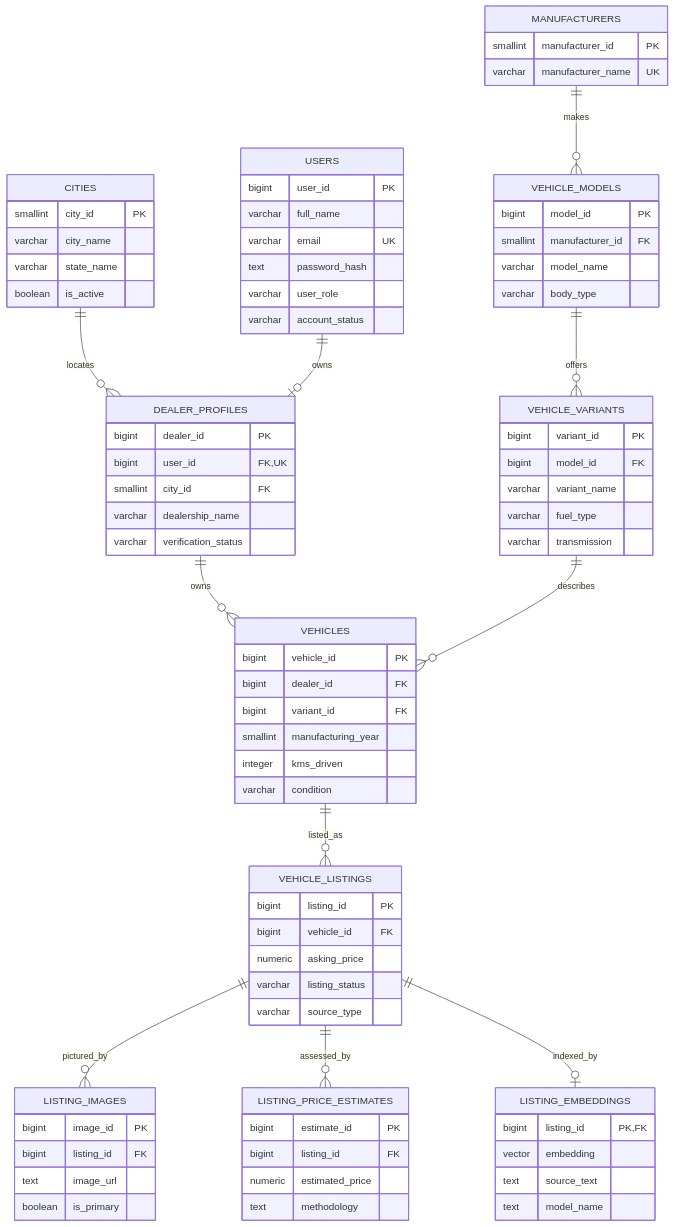
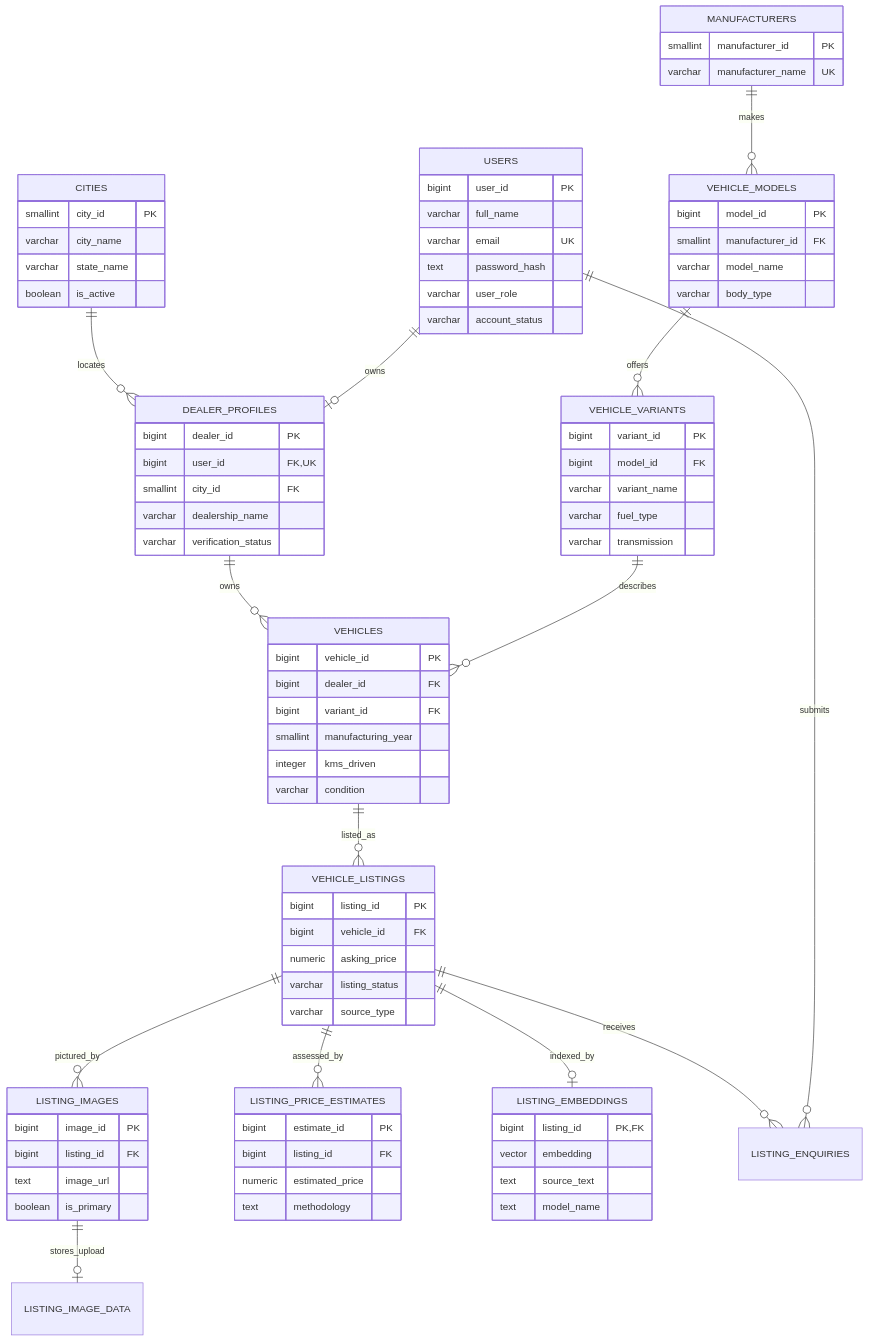
One commit to Ronit77x/AutoHubIQ changed the second of 2 diagrams in docs/architecture-and-demo.md. Above: the diagram before and after it, drawn with Mermaid. The commit also changed other lines of this file and 77 other files, not shown here.

```diff
--- a/docs/architecture-and-demo.md
+++ b/docs/architecture-and-demo.md
@@ -44,6 +44,9 @@
     VEHICLE_LISTINGS ||--o{ LISTING_IMAGES : pictured_by
     VEHICLE_LISTINGS ||--o{ LISTING_PRICE_ESTIMATES : assessed_by
     VEHICLE_LISTINGS ||--o| LISTING_EMBEDDINGS : indexed_by
+    LISTING_IMAGES ||--o| LISTING_IMAGE_DATA : stores_upload
+    VEHICLE_LISTINGS ||--o{ LISTING_ENQUIRIES : receives
+    USERS ||--o{ LISTING_ENQUIRIES : submits
 
     CITIES {
         smallint city_id PK
```
